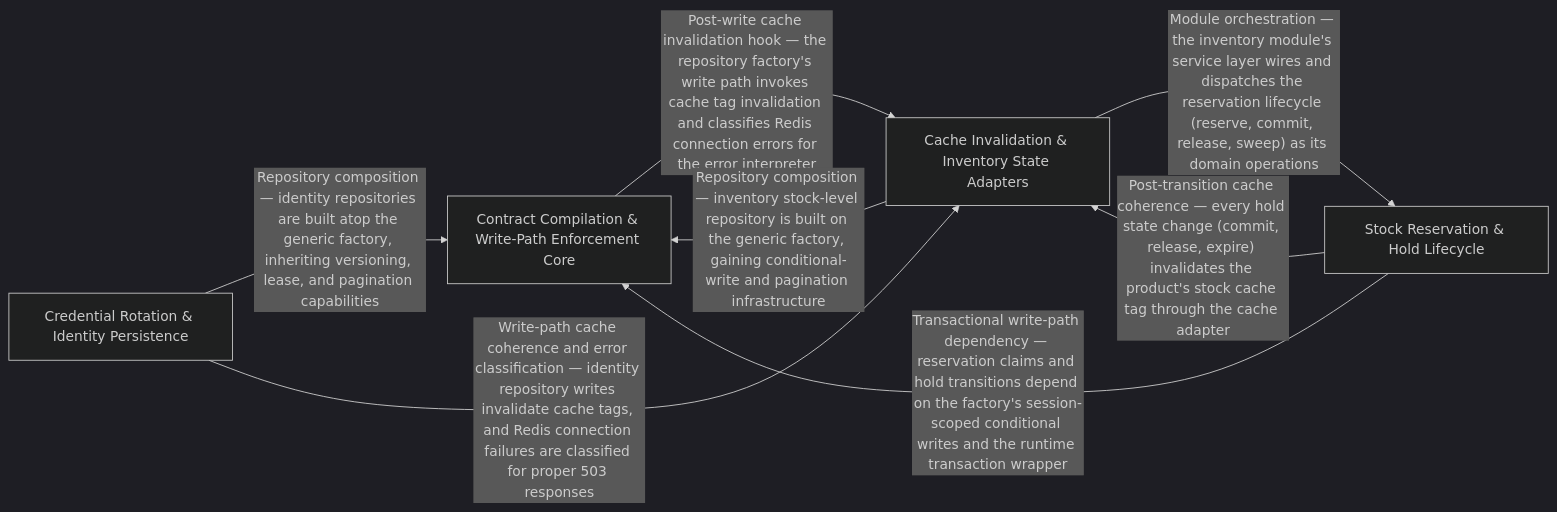
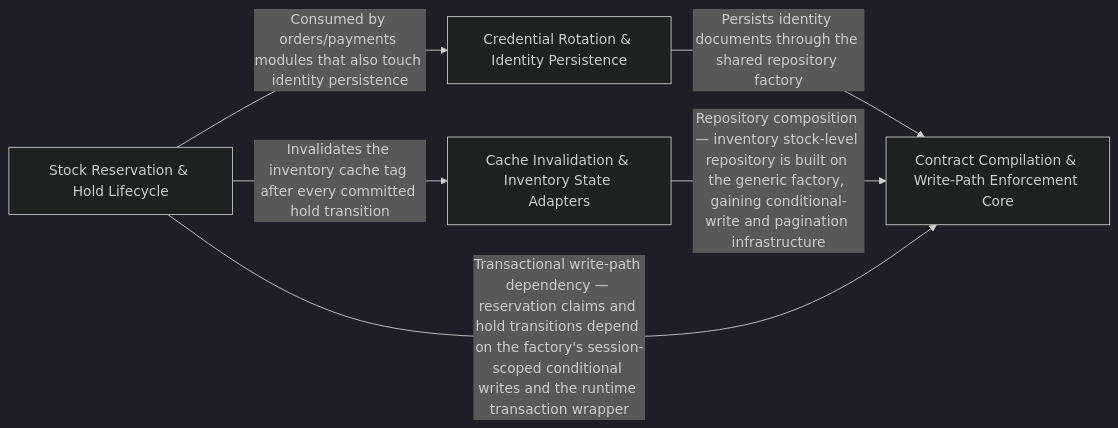
Before and after one commit to Guebbit/boilerplate-node-backend: the diagram in .2brain/arch/OpenAPI_Fragment_Compilation_Runtime_Contract_Enforcement.md, drawn with Mermaid (dark theme). The commit also changed other lines of this file and 627 other files, not shown here.

````diff
--- a/.2brain/arch/OpenAPI_Fragment_Compilation_Runtime_Contract_Enforcement.md
+++ b/.2brain/arch/OpenAPI_Fragment_Compilation_Runtime_Contract_Enforcement.md
@@ -10,14 +10,12 @@
 ```mermaid
 graph LR
     Contract_Compilation_Write_Path_Enforcement_Core["Contract Compilation & Write-Path Enforcement Core"]
     Credential_Rotation_Identity_Persistence["Credential Rotation & Identity Persistence"]
     Cache_Invalidation_Inventory_State_Adapters["Cache Invalidation & Inventory State Adapters"]
     Stock_Reservation_Hold_Lifecycle["Stock Reservation & Hold Lifecycle"]
-    Contract_Compilation_Write_Path_Enforcement_Core -- "Post-write cache invalidation hook — the repository factory's write path invokes cache tag invalidation and classifies Redis connection errors for the error interpreter" --> Cache_Invalidation_Inventory_State_Adapters
-    Credential_Rotation_Identity_Persistence -- "Repository composition — identity repositories are built atop the generic factory, inheriting versioning, lease, and pagination capabilities" --> Contract_Compilation_Write_Path_Enforcement_Core
-    Credential_Rotation_Identity_Persistence -- "Write-path cache coherence and error classification — identity repository writes invalidate cache tags, and Redis connection failures are classified for proper 503 responses" --> Cache_Invalidation_Inventory_State_Adapters
+    Credential_Rotation_Identity_Persistence -- "Persists identity documents through the shared repository factory" --> Contract_Compilation_Write_Path_Enforcement_Core
     Cache_Invalidation_Inventory_State_Adapters -- "Repository composition — inventory stock-level repository is built on the generic factory, gaining conditional-write and pagination infrastructure" --> Contract_Compilation_Write_Path_Enforcement_Core
-    Cache_Invalidation_Inventory_State_Adapters -- "Module orchestration — the inventory module's service layer wires and dispatches the reservation lifecycle (reserve, commit, release, sweep) as its domain operations" --> Stock_Reservation_Hold_Lifecycle
     Stock_Reservation_Hold_Lifecycle -- "Transactional write-path dependency — reservation claims and hold transitions depend on the factory's session-scoped conditional writes and the runtime transaction wrapper" --> Contract_Compilation_Write_Path_Enforcement_Core
-    Stock_Reservation_Hold_Lifecycle -- "Post-transition cache coherence — every hold state change (commit, release, expire) invalidates the product's stock cache tag through the cache adapter" --> Cache_Invalidation_Inventory_State_Adapters
+    Stock_Reservation_Hold_Lifecycle -- "Consumed by orders/payments modules that also touch identity persistence" --> Credential_Rotation_Identity_Persistence
+    Stock_Reservation_Hold_Lifecycle -- "Invalidates the inventory cache tag after every committed hold transition" --> Cache_Invalidation_Inventory_State_Adapters
 ```
````
